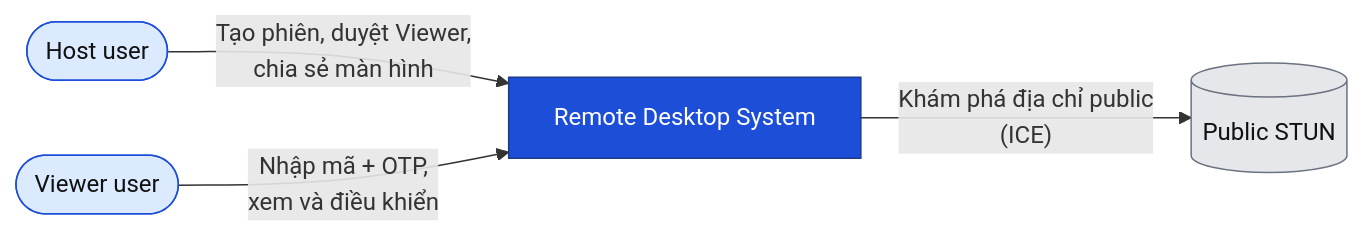
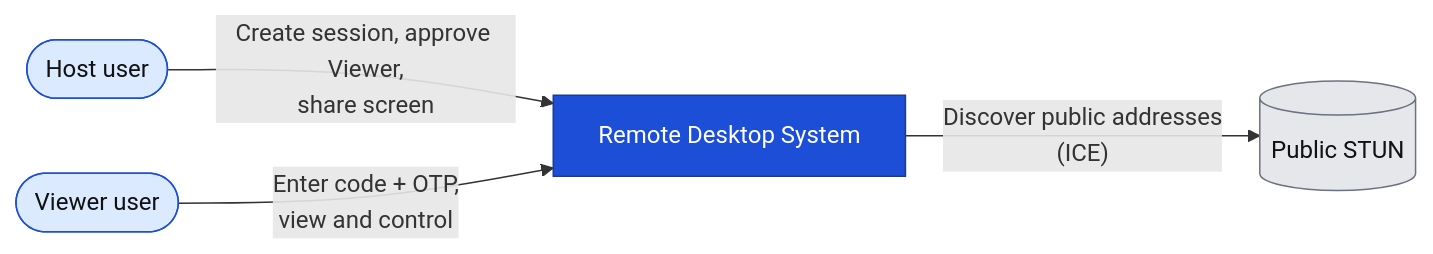
One commit to dunguyen-311201/PBL4 changed the first of 7 diagrams in docs/01-hld.md. Above: the diagram before and after it, drawn with Mermaid. The commit also changed other lines of this file and 4 other files, not shown here.

````diff
--- a/docs/01-hld.md
+++ b/docs/01-hld.md
@@ -17,15 +17,15 @@
 ```mermaid
 flowchart LR
     host([Host user]):::person
     viewer([Viewer user]):::person
     sys[Remote Desktop System]:::system
     stun[(Public STUN)]:::ext
 
-    host -- "Tạo phiên, duyệt Viewer,<br/>chia sẻ màn hình" --> sys
-    viewer -- "Nhập mã + OTP,<br/>xem và điều khiển" --> sys
-    sys -- "Khám phá địa chỉ public<br/>(ICE)" --> stun
+    host -- "Create session, approve Viewer,<br/>share screen" --> sys
+    viewer -- "Enter code + OTP,<br/>view and control" --> sys
+    sys -- "Discover public addresses<br/>(ICE)" --> stun
 
     classDef person fill:#dbeafe,stroke:#1d4ed8,color:#111
     classDef system fill:#1d4ed8,stroke:#1e3a8a,color:#fff
     classDef ext fill:#e5e7eb,stroke:#6b7280,color:#111
 ```
````
